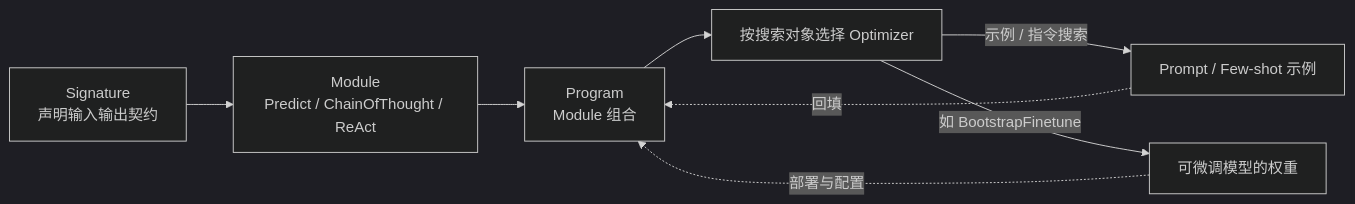
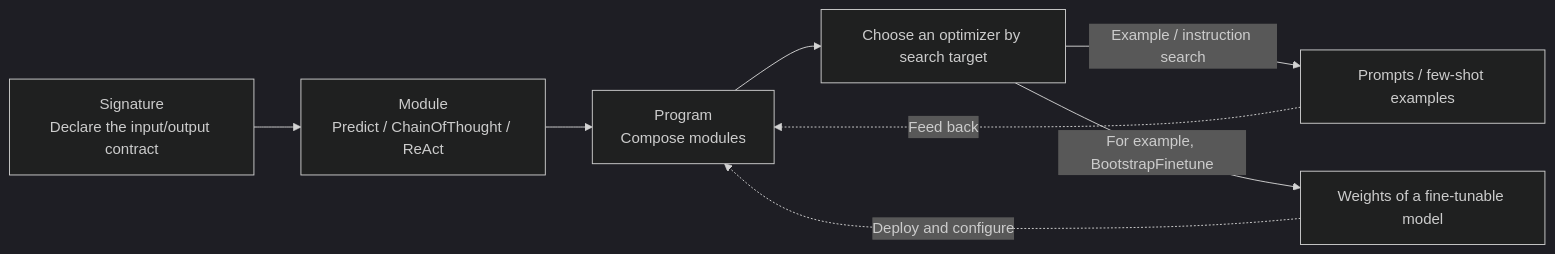
Before and after one commit to oneleaveknowsthefall/awesome-ai-roadmap: the diagram in docs/frameworks/03-dspy/README.md, drawn with Mermaid (dark theme). The commit also changed other lines of this file and 70 other files, not shown here.

````diff
--- a/docs/frameworks/03-dspy/README.md
+++ b/docs/frameworks/03-dspy/README.md
@@ -16,10 +16,10 @@
 ```mermaid
 flowchart LR
-    A["Signature<br/>声明输入输出契约"] --> B["Module<br/>Predict / ChainOfThought / ReAct"]
-    B --> C["Program<br/>Module 组合"]
-    C --> D["按搜索对象选择 Optimizer"]
-    D -->|"示例 / 指令搜索"| E["Prompt / Few-shot 示例"]
-    D -->|"如 BootstrapFinetune"| F["可微调模型的权重"]
-    E -.回填.-> C
-    F -.部署与配置.-> C
+    A["Signature<br/>Declare the input/output contract"] --> B["Module<br/>Predict / ChainOfThought / ReAct"]
+    B --> C["Program<br/>Compose modules"]
+    C --> D["Choose an optimizer by search target"]
+    D -->|"Example / instruction search"| E["Prompts / few-shot examples"]
+    D -->|"For example, BootstrapFinetune"| F["Weights of a fine-tunable model"]
+    E -.Feed back.-> C
+    F -.Deploy and configure.-> C
 ```
````
